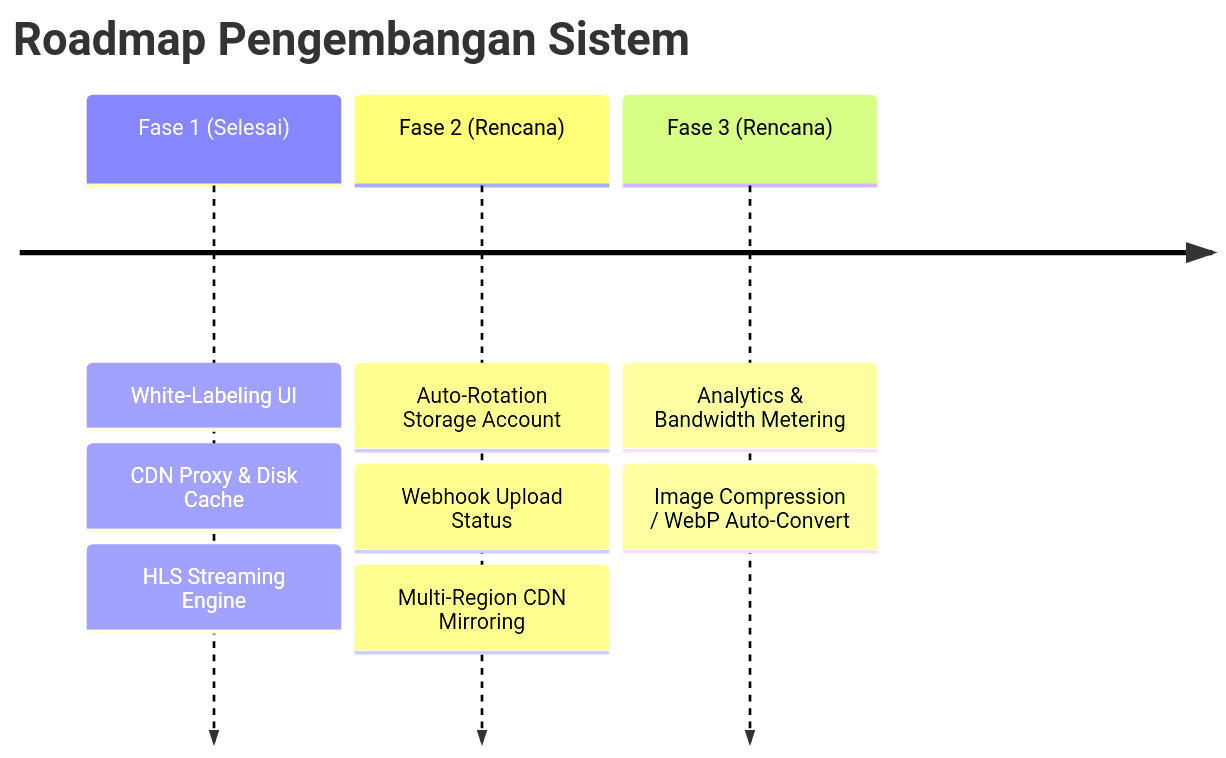
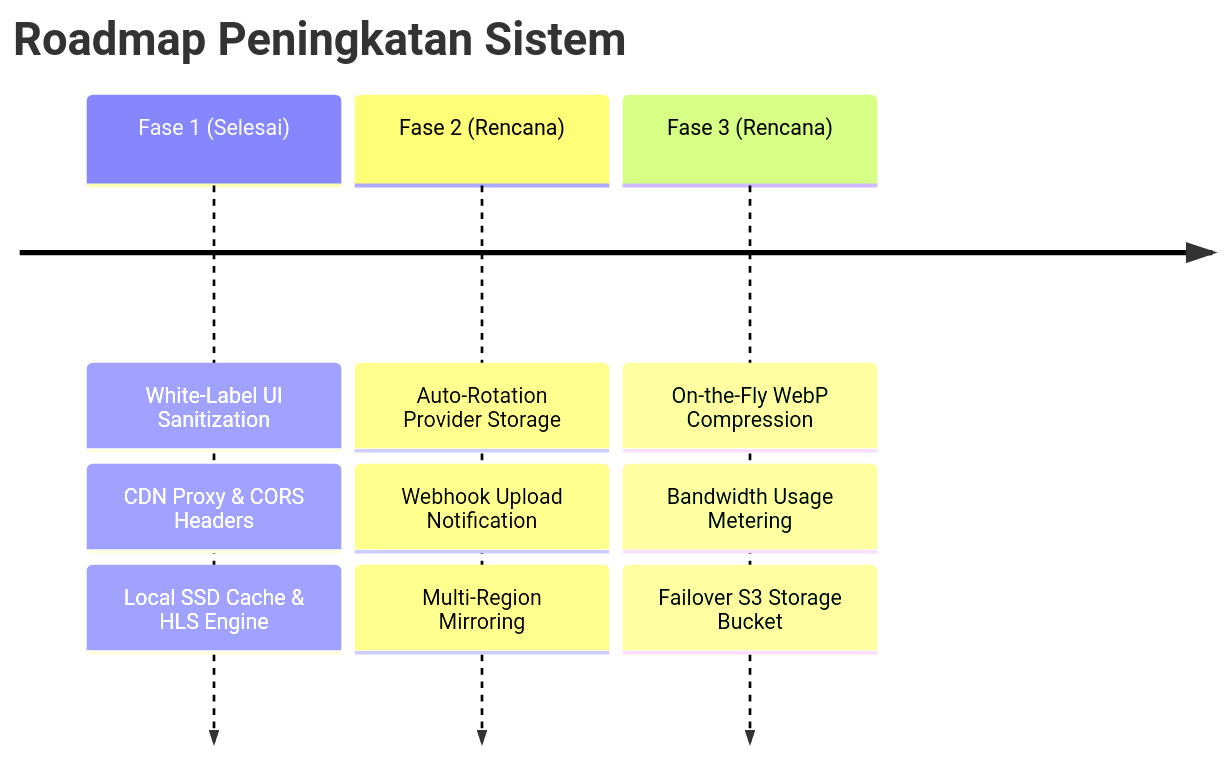
One commit to mail298/google-driver-cloud changed the fifth of 5 diagrams in docs/RPD_PENGEMBANGAN.md. Above: the diagram before and after it, drawn with Mermaid. The commit also changed other lines of this file, not shown here.

Commit message:
docs: update comprehensive RPD specification with AI directives and mermaid diagrams

````diff
--- a/docs/RPD_PENGEMBANGAN.md
+++ b/docs/RPD_PENGEMBANGAN.md
@@ -69,7 +165,7 @@
 ```mermaid
 timeline
-    title Roadmap Pengembangan Sistem
-    Fase 1 (Selesai) : White-Labeling UI : CDN Proxy & Disk Cache : HLS Streaming Engine
-    Fase 2 (Rencana) : Auto-Rotation Storage Account : Webhook Upload Status : Multi-Region CDN Mirroring
-    Fase 3 (Rencana) : Analytics & Bandwidth Metering : Image Compression / WebP Auto-Convert
+    title Roadmap Peningkatan Sistem
+    Fase 1 (Selesai) : White-Label UI Sanitization : CDN Proxy & CORS Headers : Local SSD Cache & HLS Engine
+    Fase 2 (Rencana) : Auto-Rotation Provider Storage : Webhook Upload Notification : Multi-Region Mirroring
+    Fase 3 (Rencana) : On-the-Fly WebP Compression : Bandwidth Usage Metering : Failover S3 Storage Bucket
 ```
````
